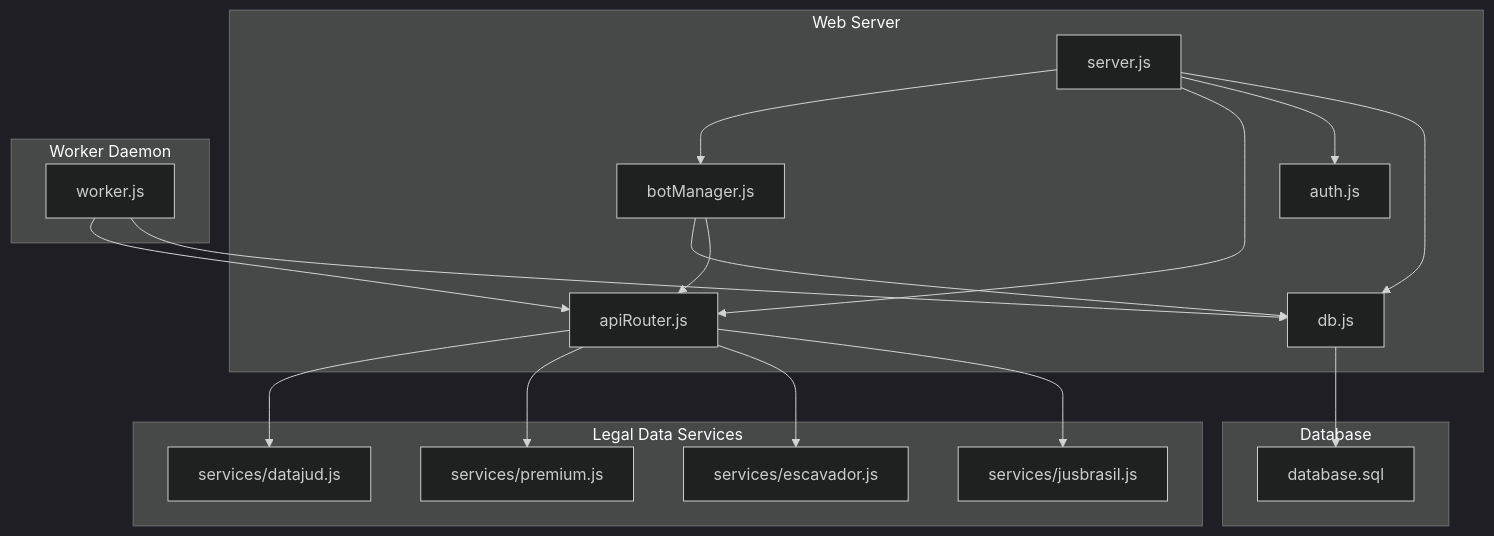
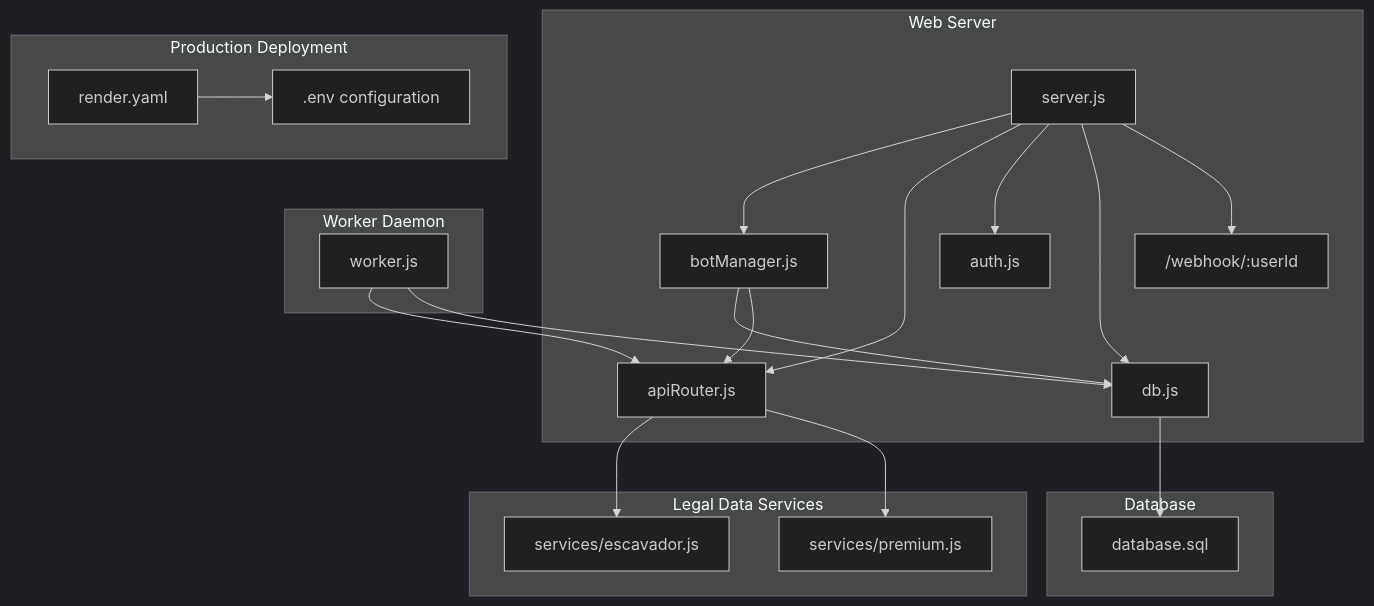
One commit to Alexandrexicara/bot-processos changed the first of 11 diagrams in .qoder/repowiki/en/content/Telegram Bot Integration/Telegram Bot Integration.md. Above: the diagram before and after it, drawn with Mermaid (dark theme). The commit also changed other lines of this file and 6 other files, not shown here.

````diff
--- a/.qoder/repowiki/en/content/Telegram Bot Integration/Telegram Bot Integration.md
+++ b/.qoder/repowiki/en/content/Telegram Bot Integration/Telegram Bot Integration.md
@@ -54,35 +56,38 @@
 ```mermaid
 graph TB
 subgraph "Web Server"
 S["server.js"]
 BM["botManager.js"]
 AR["apiRouter.js"]
 AU["auth.js"]
 DB["db.js"]
+WEBHOOK["/webhook/:userId"]
 end
 subgraph "Worker Daemon"
 W["worker.js"]
 end
 subgraph "Legal Data Services"
-DJ["services/datajud.js"]
+ES["services/escavador.js"]
 PR["services/premium.js"]
-ES["services/escavador.js"]
-JB["services/jusbrasil.js"]
+end
+subgraph "Production Deployment"
+RENDER["render.yaml"]
+ENV[".env configuration"]
 end
 subgraph "Database"
 SQL["database.sql"]
 end
 S --> BM
 S --> AR
 S --> AU
 S --> DB
+S --> WEBHOOK
 W --> AR
 W --> DB
-AR --> DJ
+AR --> ES
 AR --> PR
-AR --> ES
-AR --> JB
 BM --> DB
 BM --> AR
 DB --> SQL
+RENDER --> ENV
 ```
````
